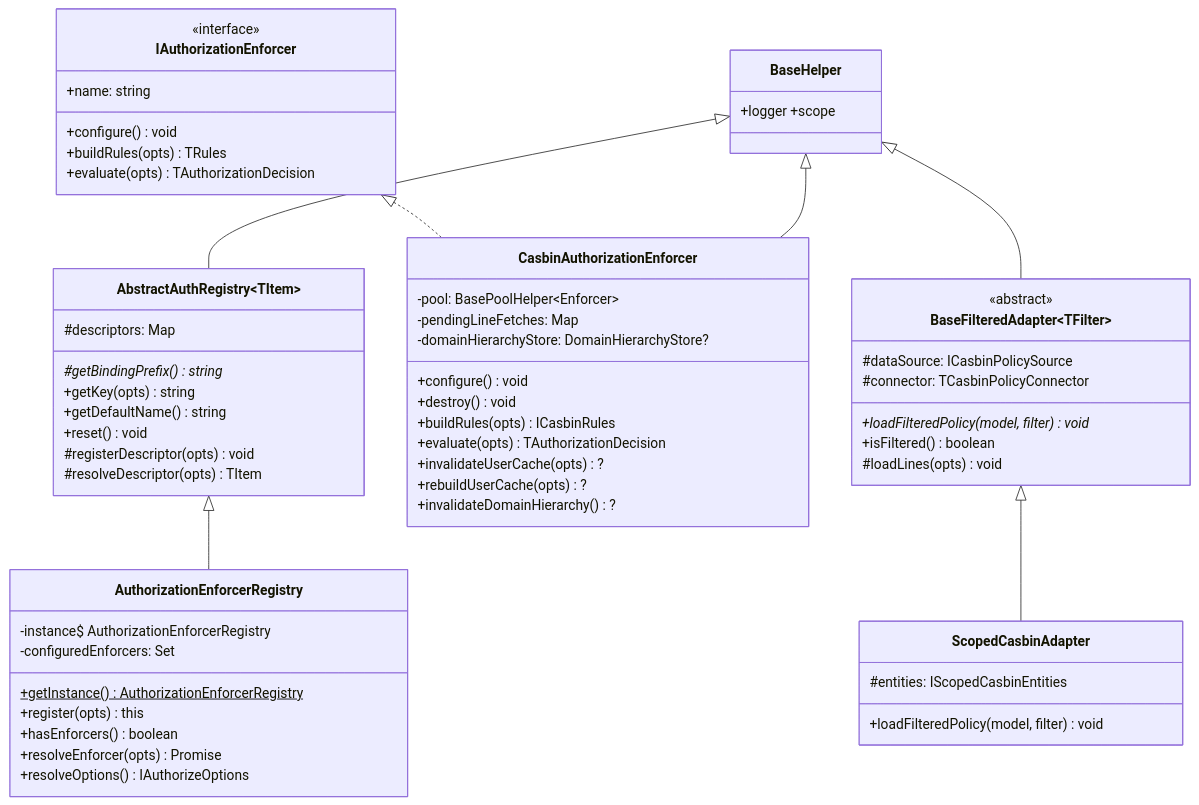
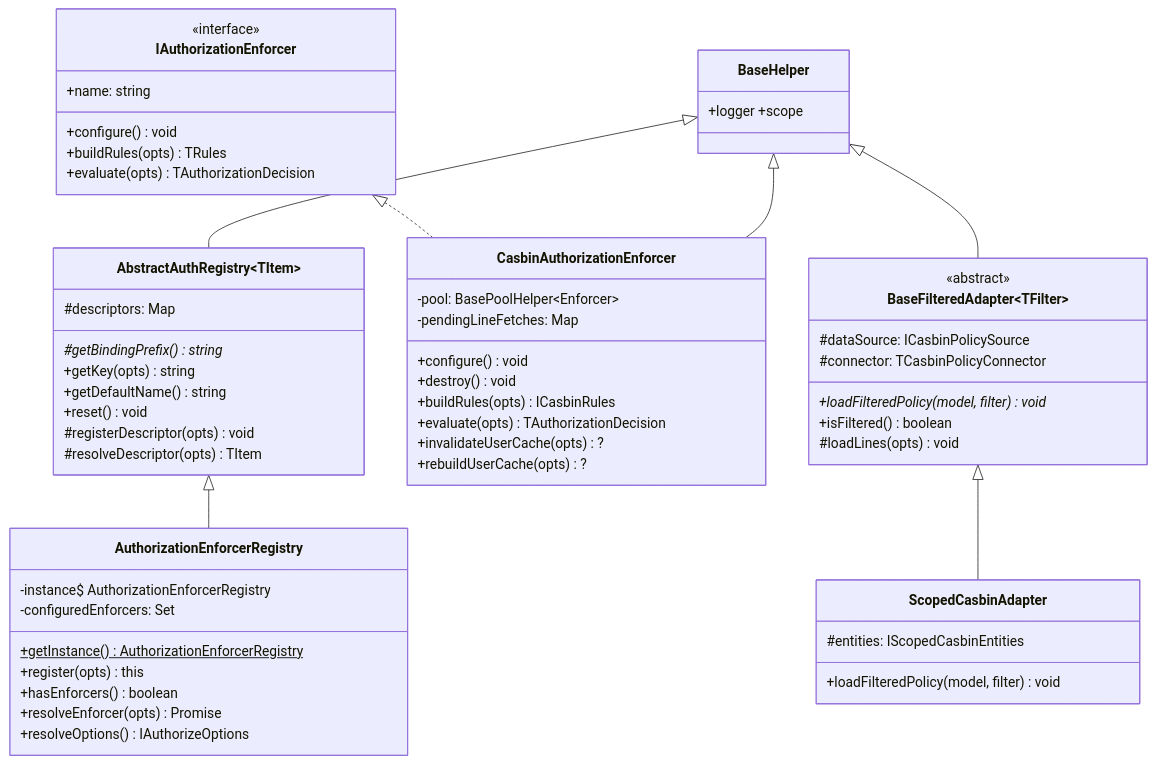
The third of 3 diagrams in docs/wiki/content/extensions/components/authorization/api.md (VENIZIA-AI/ignis), drawn with Mermaid before and after one commit. The commit also changed other lines of this file and 11 other files, not shown here.

````diff
--- a/docs/wiki/content/extensions/components/authorization/api.md
+++ b/docs/wiki/content/extensions/components/authorization/api.md
@@ -156,59 +157,57 @@
 ```mermaid
 classDiagram
     class BaseHelper { +logger +scope }
     class AbstractAuthRegistry~TItem~ {
         #descriptors: Map
         #getBindingPrefix()* string
         +getKey(opts) string
         +getDefaultName() string
         +reset() void
         #registerDescriptor(opts) void
         #resolveDescriptor(opts) TItem
     }
     class AuthorizationEnforcerRegistry {
         -instance$ AuthorizationEnforcerRegistry
         -configuredEnforcers: Set
         +getInstance()$ AuthorizationEnforcerRegistry
         +register(opts) this
         +hasEnforcers() boolean
         +resolveEnforcer(opts) Promise
         +resolveOptions() IAuthorizeOptions
     }
     class IAuthorizationEnforcer {
         <<interface>>
         +name: string
         +configure() void
         +buildRules(opts) TRules
         +evaluate(opts) TAuthorizationDecision
     }
     class CasbinAuthorizationEnforcer {
         -pool: BasePoolHelper~Enforcer~
         -pendingLineFetches: Map
-        -domainHierarchyStore: DomainHierarchyStore?
         +configure() void
         +destroy() void
         +buildRules(opts) ICasbinRules
         +evaluate(opts) TAuthorizationDecision
         +invalidateUserCache(opts)?
         +rebuildUserCache(opts)?
-        +invalidateDomainHierarchy()?
     }
     class BaseFilteredAdapter~TFilter~ {
         <<abstract>>
         #dataSource: ICasbinPolicySource
         #connector: TCasbinPolicyConnector
         +loadFilteredPolicy(model, filter)* void
         +isFiltered() boolean
         #loadLines(opts) void
     }
     class ScopedCasbinAdapter {
         #entities: IScopedCasbinEntities
         +loadFilteredPolicy(model, filter) void
     }
     BaseHelper <|-- AbstractAuthRegistry
     AbstractAuthRegistry <|-- AuthorizationEnforcerRegistry
     IAuthorizationEnforcer <|.. CasbinAuthorizationEnforcer
     BaseHelper <|-- CasbinAuthorizationEnforcer
     BaseHelper <|-- BaseFilteredAdapter
     BaseFilteredAdapter <|-- ScopedCasbinAdapter
 ```
````
